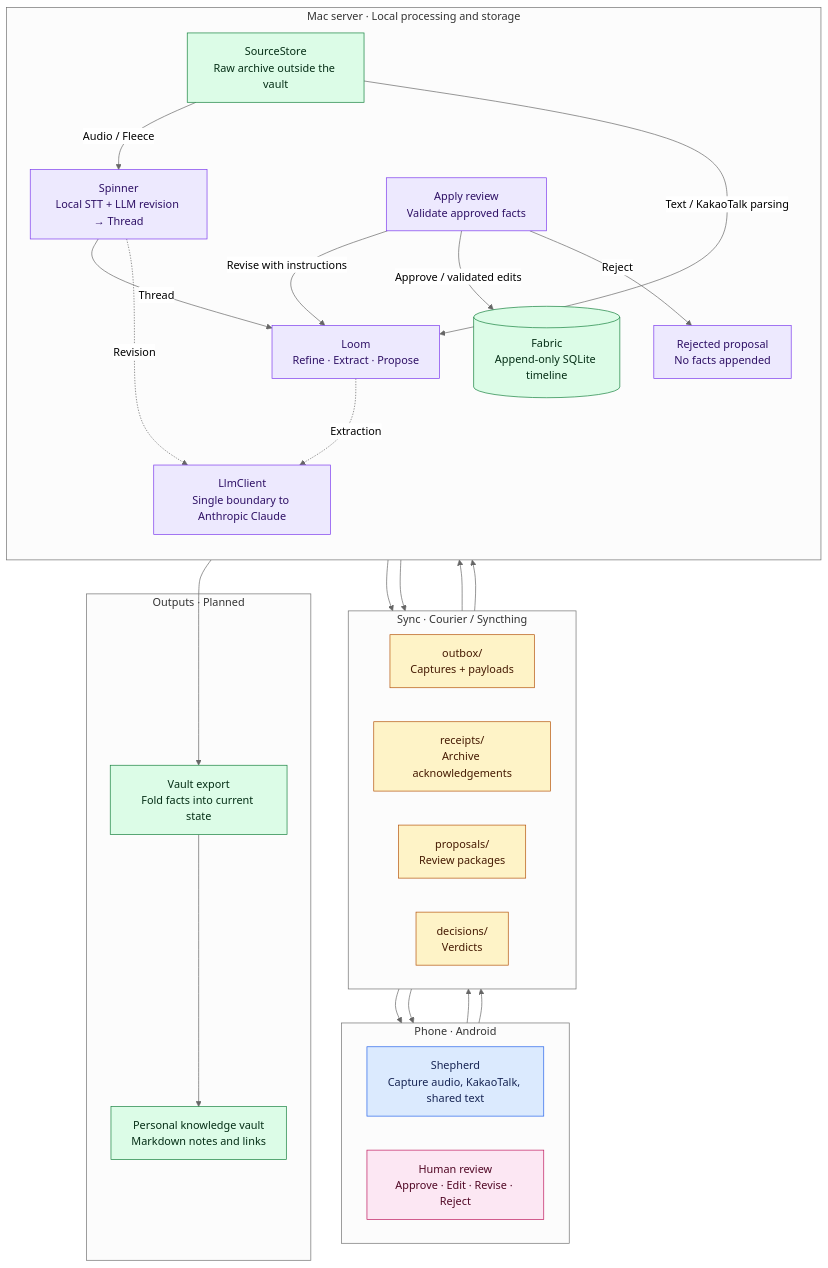
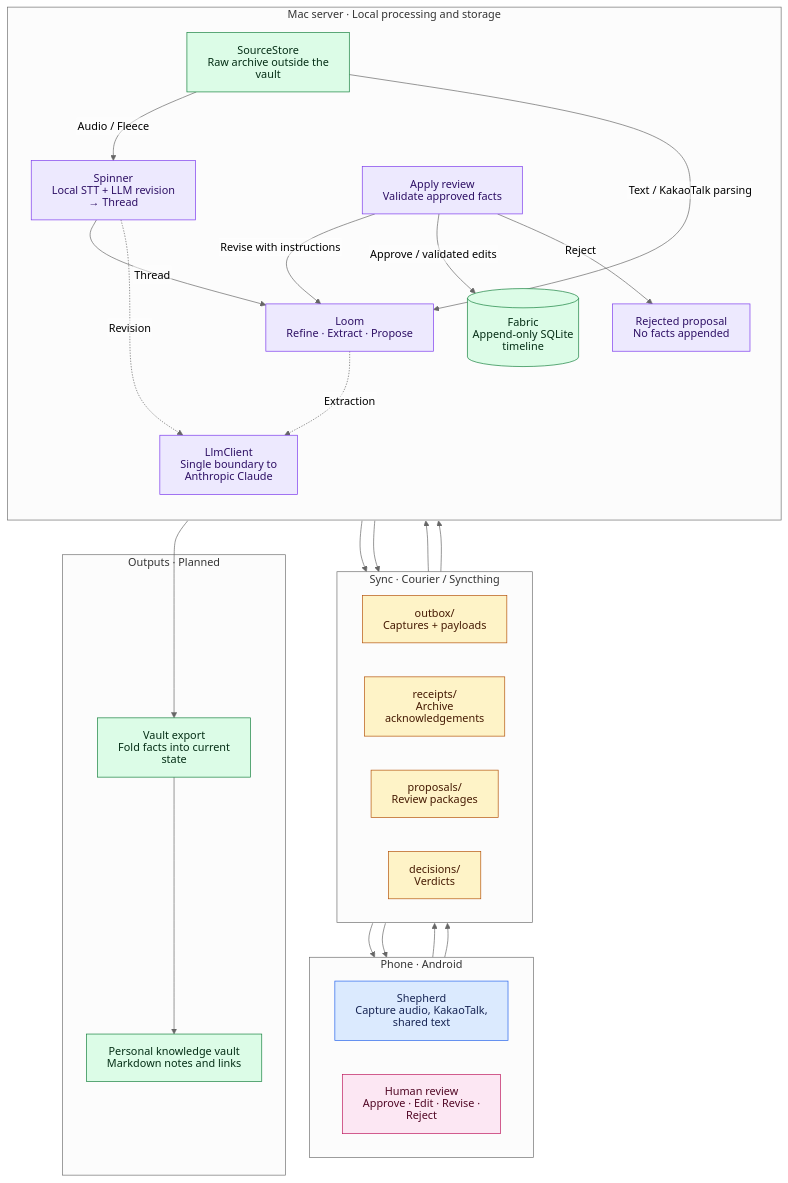
The diagram in README.md (JunHCha/weaver), drawn with Mermaid (neutral theme) before and after one commit.

Commit message:
docs: use SVG labels in the workflow diagram

````diff
--- a/README.md
+++ b/README.md
@@ -26,57 +26,58 @@
 ```mermaid
+%%{init: {"htmlLabels": false}}%%
 flowchart TB
   subgraph phone["Phone · Android"]
     direction LR
     shepherd["Shepherd<br/>Capture audio, KakaoTalk, shared text"]
     review["Human review<br/>Approve · Edit · Revise · Reject"]
   end
 
   subgraph sync["Sync · Courier / Syncthing"]
     direction LR
     outbox["outbox/<br/>Captures + payloads"]
     receipts["receipts/<br/>Archive acknowledgements"]
     proposals["proposals/<br/>Review packages"]
     decisions["decisions/<br/>Verdicts"]
   end
 
   subgraph mac["Mac server · Local processing and storage"]
     direction TB
     archive["SourceStore<br/>Raw archive outside the vault"]
     spinner["Spinner<br/>Local STT + LLM revision → Thread"]
     loom["Loom<br/>Refine · Extract · Propose"]
     apply["Apply review<br/>Validate approved facts"]
     rejected["Rejected proposal<br/>No facts appended"]
     llm["LlmClient<br/>Single boundary to Anthropic Claude"]
     fabric[("Fabric<br/>Append-only SQLite timeline")]
   end
 
   subgraph outputs["Outputs · Planned"]
     export["Vault export<br/>Fold facts into current state"]
     vault["Personal knowledge vault<br/>Markdown notes and links"]
   end
 
   shepherd --> outbox --> archive
   archive --> receipts --> shepherd
   archive -- "Audio / Fleece" --> spinner
   archive -- "Text / KakaoTalk parsing" --> loom
   spinner -- "Thread" --> loom
   spinner -. "Revision" .-> llm
   loom -. "Extraction" .-> llm
   loom --> proposals --> review
   review --> decisions --> apply
   apply -- "Revise with instructions" --> loom
   apply -- "Approve / validated edits" --> fabric
   apply -- "Reject" --> rejected
   fabric --> export --> vault
 
   classDef capture fill:#dbeafe,stroke:#2563eb,color:#172554
   classDef transport fill:#fef3c7,stroke:#b45309,color:#451a03
   classDef process fill:#ede9fe,stroke:#7c3aed,color:#2e1065
   classDef human fill:#fce7f3,stroke:#be185d,color:#500724
   classDef stored fill:#dcfce7,stroke:#15803d,color:#052e16
   class shepherd capture
   class outbox,receipts,proposals,decisions transport
   class spinner,loom,apply,llm,rejected process
   class review human
   class archive,fabric,export,vault stored
 ```
````
